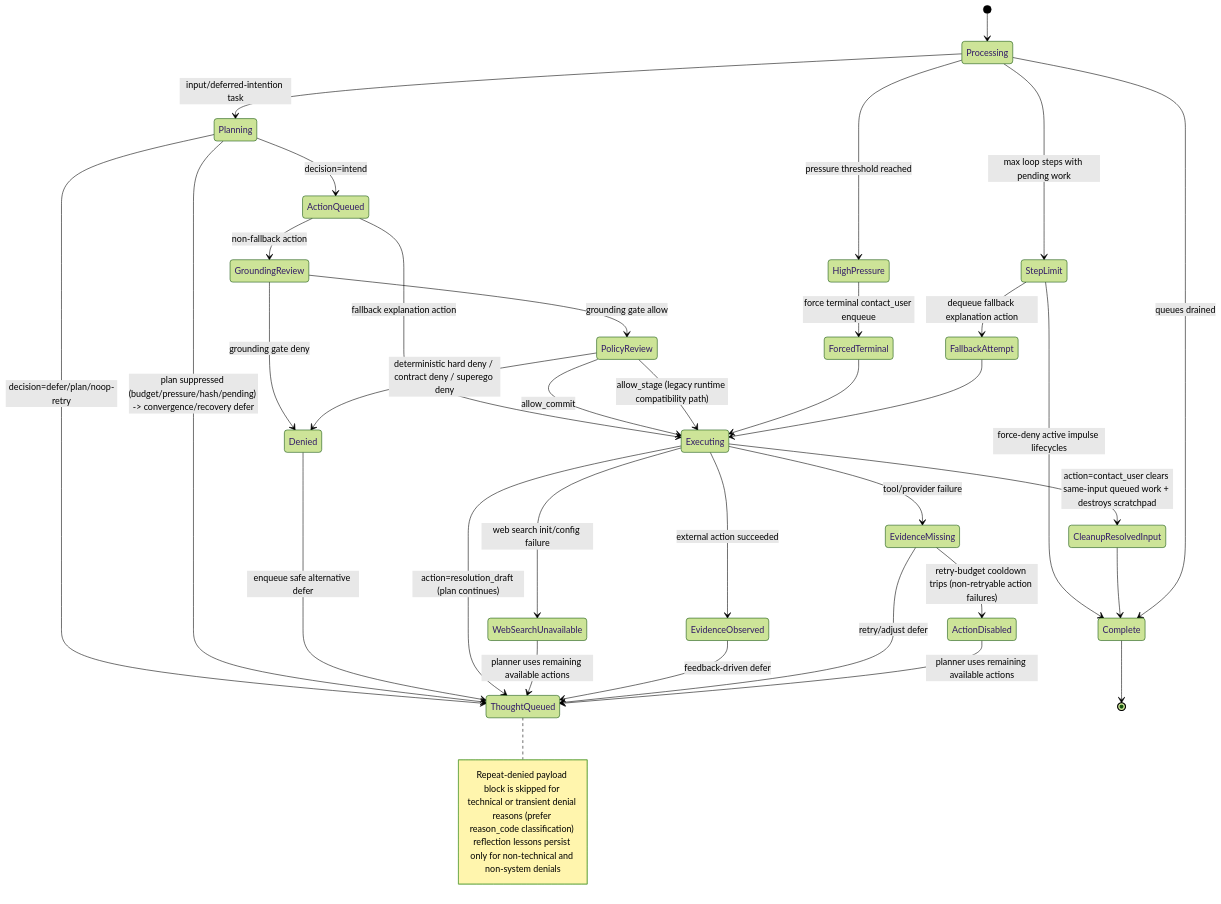
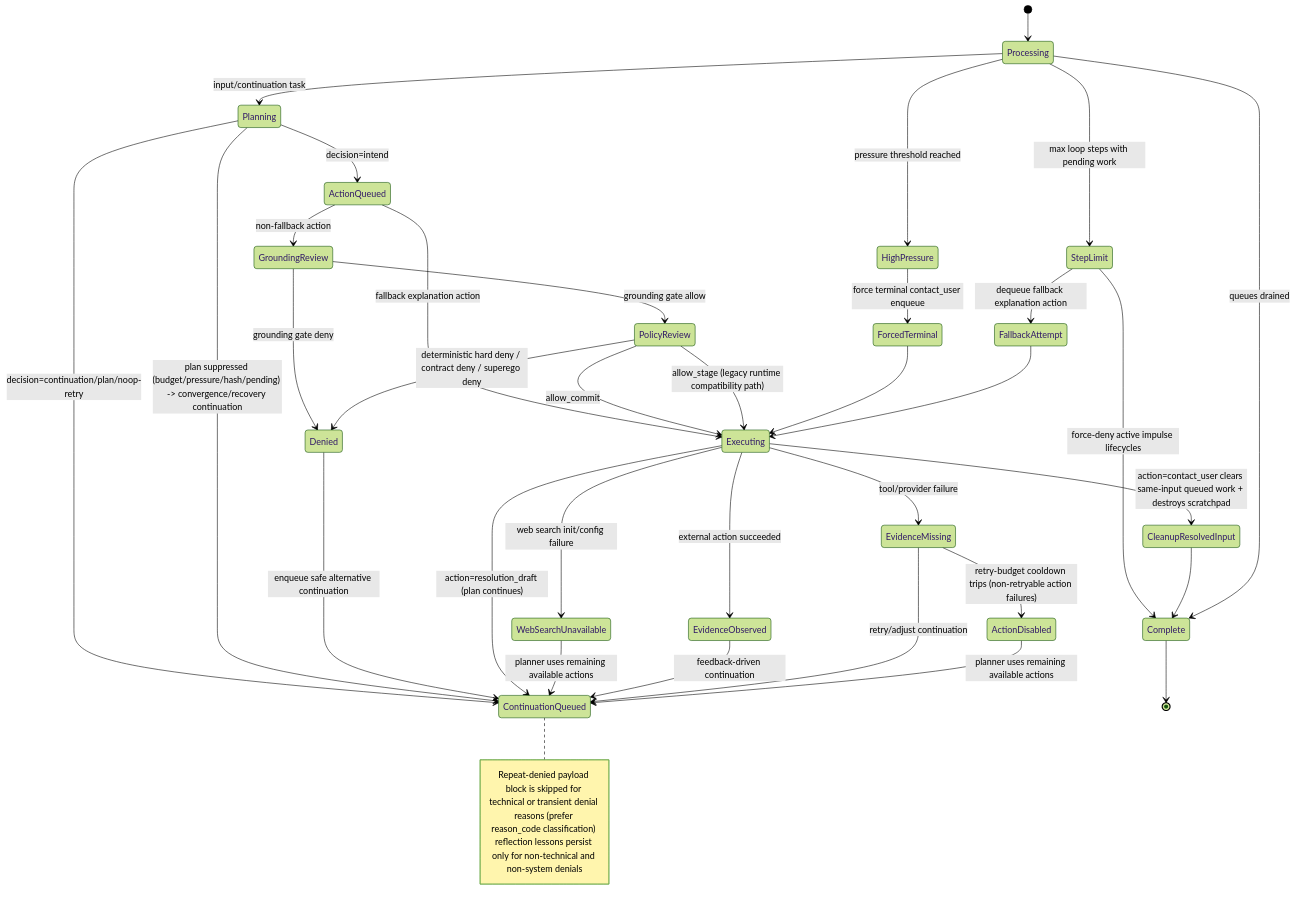
One commit to neopsyke/NeoPsyke changed the sixth of 8 diagrams in AGENT_LOGIC_DIAGRAM.md. Above: the diagram before and after it, drawn with Mermaid (forest theme). The commit also changed other lines of this file and 75 other files, not shown here.

````diff
--- a/AGENT_LOGIC_DIAGRAM.md
+++ b/AGENT_LOGIC_DIAGRAM.md
@@ -423,44 +421,44 @@
 ```mermaid
 stateDiagram-v2
     [*] --> Processing
 
-    Processing --> Planning: input/deferred-intention task
+    Processing --> Planning: input/continuation task
     Planning --> ActionQueued: decision=intend
-    Planning --> ThoughtQueued: decision=defer/plan/noop-retry
-    Planning --> ThoughtQueued: plan suppressed (budget/pressure/hash/pending) -> convergence/recovery defer
+    Planning --> ContinuationQueued: decision=continuation/plan/noop-retry
+    Planning --> ContinuationQueued: plan suppressed (budget/pressure/hash/pending) -> convergence/recovery continuation
 
     ActionQueued --> GroundingReview: non-fallback action
     ActionQueued --> Executing: fallback explanation action
     GroundingReview --> Denied: grounding gate deny
 
     GroundingReview --> PolicyReview: grounding gate allow
     PolicyReview --> Denied: deterministic hard deny / contract deny / superego deny
-    Denied --> ThoughtQueued: enqueue safe alternative defer
-    Note right of ThoughtQueued: Repeat-denied payload block is skipped for technical or transient denial reasons (prefer reason_code classification) reflection lessons persist only for non-technical and non-system denials
+    Denied --> ContinuationQueued: enqueue safe alternative continuation
+    Note right of ContinuationQueued: Repeat-denied payload block is skipped for technical or transient denial reasons (prefer reason_code classification) reflection lessons persist only for non-technical and non-system denials
 
     PolicyReview --> Executing: allow_commit
     PolicyReview --> Executing: allow_stage (legacy runtime compatibility path)
-    Executing --> ThoughtQueued: action=resolution_draft (plan continues)
+    Executing --> ContinuationQueued: action=resolution_draft (plan continues)
     Executing --> EvidenceObserved: external action succeeded
     Executing --> EvidenceMissing: tool/provider failure
     Executing --> WebSearchUnavailable: web search init/config failure
-    WebSearchUnavailable --> ThoughtQueued: planner uses remaining available actions
-    EvidenceObserved --> ThoughtQueued: feedback-driven defer
-    EvidenceMissing --> ThoughtQueued: retry/adjust defer
+    WebSearchUnavailable --> ContinuationQueued: planner uses remaining available actions
+    EvidenceObserved --> ContinuationQueued: feedback-driven continuation
+    EvidenceMissing --> ContinuationQueued: retry/adjust continuation
     EvidenceMissing --> ActionDisabled: retry-budget cooldown trips (non-retryable action failures)
-    ActionDisabled --> ThoughtQueued: planner uses remaining available actions
+    ActionDisabled --> ContinuationQueued: planner uses remaining available actions
 
     Processing --> HighPressure: pressure threshold reached
     HighPressure --> ForcedTerminal: force terminal contact_user enqueue
     ForcedTerminal --> Executing
 
     Processing --> StepLimit: max loop steps with pending work
     StepLimit --> FallbackAttempt: dequeue fallback explanation action
     StepLimit --> Complete: force-deny active impulse lifecycles
     FallbackAttempt --> Executing
 
     Executing --> CleanupResolvedInput: action=contact_user clears same-input queued work + destroys scratchpad
     CleanupResolvedInput --> Complete
     Processing --> Complete: queues drained
     Complete --> [*]
 ```
````
